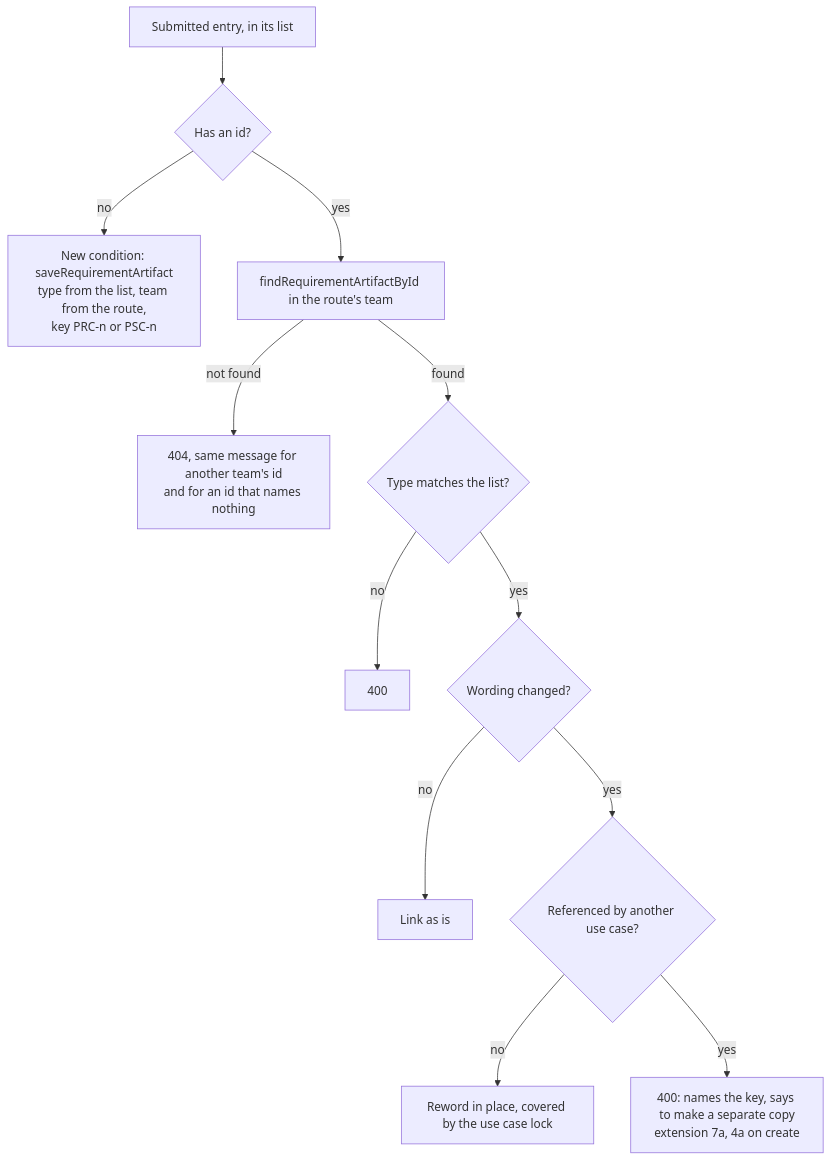
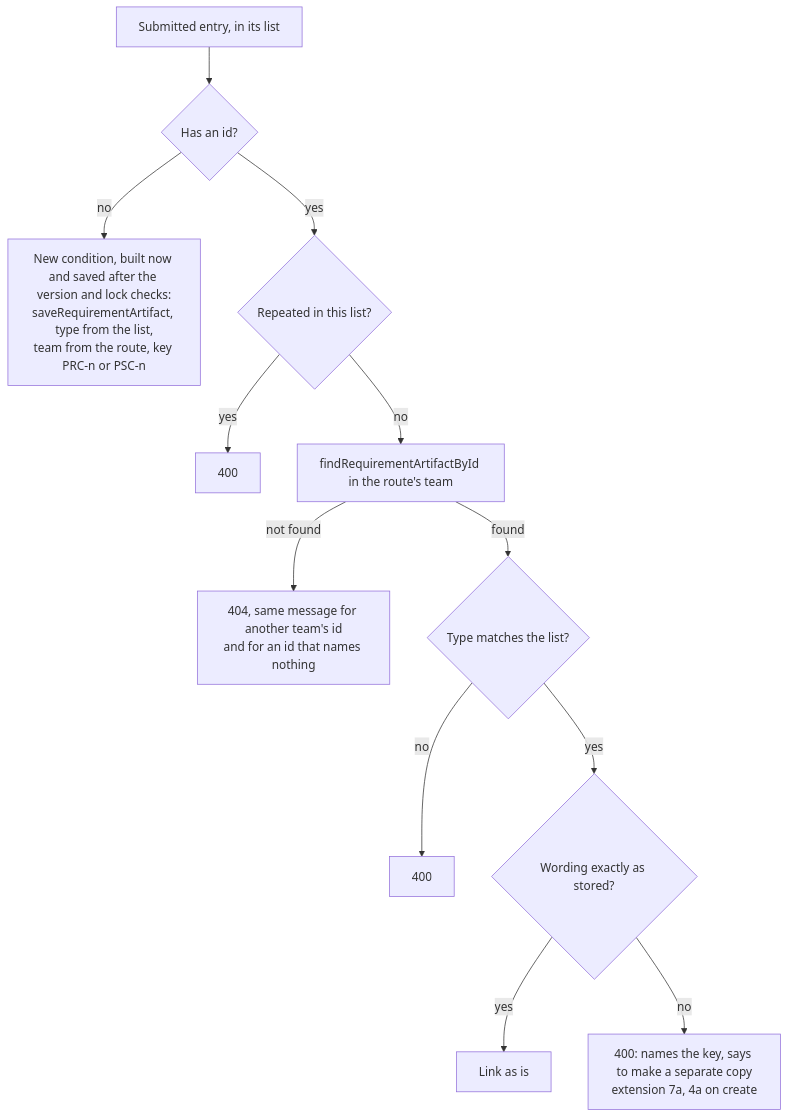
The fourth of 8 diagrams in docs/design/doc.md (Washingtonwei/project-pulse), drawn with Mermaid before and after one commit. The commit also changed other lines of this file and 4 other files, not shown here.

First line of the commit message:
Refuse rewording any condition through a use case

````diff
--- a/docs/design/doc.md
+++ b/docs/design/doc.md
@@ -205,14 +205,14 @@
 ```mermaid
 flowchart TD
     A[Submitted entry, in its list] --> B{Has an id?}
-    B -- no --> N[New condition: saveRequirementArtifact<br/>type from the list, team from the route,<br/>key PRC-n or PSC-n]
-    B -- yes --> L[findRequirementArtifactById in the route's team]
+    B -- no --> N[New condition, built now and saved after the version and lock checks:<br/>saveRequirementArtifact, type from the list,<br/>team from the route, key PRC-n or PSC-n]
+    B -- yes --> D{Repeated in this list?}
+    D -- yes --> X400d[400]
+    D -- no --> L[findRequirementArtifactById in the route's team]
     L -- not found --> X404[404, same message for another team's id<br/>and for an id that names nothing]
     L -- found --> T{Type matches the list?}
     T -- no --> X400a[400]
-    T -- yes --> W{Wording changed?}
-    W -- no --> K[Link as is]
-    W -- yes --> S{Referenced by another use case?}
-    S -- no --> R[Reword in place, covered by the use case lock]
-    S -- yes --> X400b[400: names the key, says to make a separate copy<br/>extension 7a, 4a on create]
+    T -- yes --> W{Wording exactly as stored?}
+    W -- yes --> K[Link as is]
+    W -- no --> X400b[400: names the key, says to make a separate copy<br/>extension 7a, 4a on create]
 ```
````
